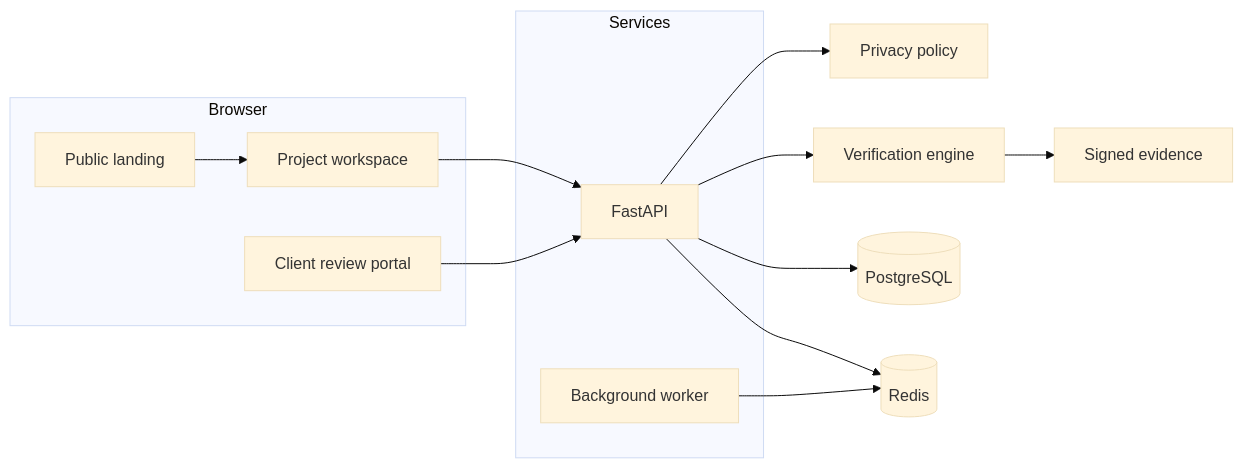
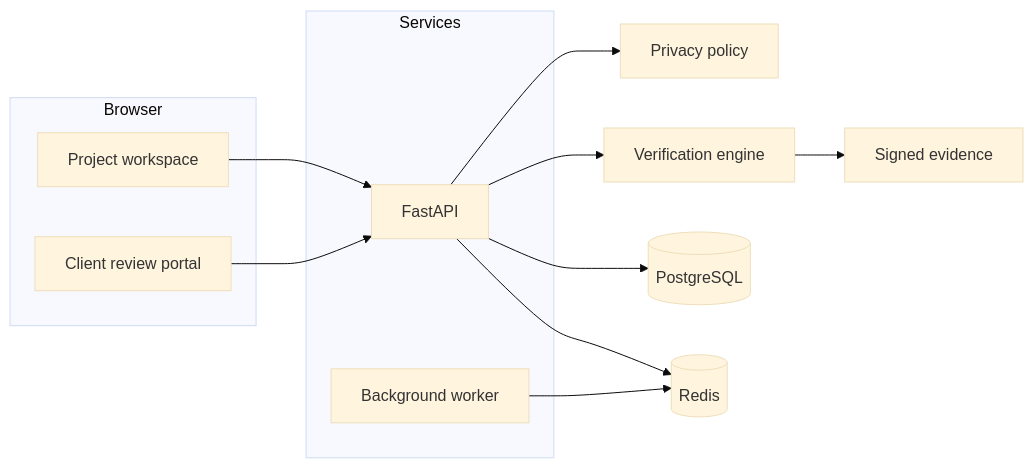
The second of 2 diagrams in README.md (diegoperezg7/signoff), drawn with Mermaid (base theme) before and after one commit. The commit also changed other lines of this file and 130 other files, not shown here.

````diff
--- a/README.md
+++ b/README.md
@@ -160,21 +250,19 @@
 ```mermaid
 flowchart LR
   subgraph browser [Browser]
-    Landing[Public landing]
     Workspace[Project workspace]
     Portal[Client review portal]
   end
   subgraph services [Services]
     API[FastAPI]
     Worker[Background worker]
   end
-  Landing --> Workspace
   Workspace --> API
   Portal --> API
   API --> Policy[Privacy policy]
   API --> Verify[Verification engine]
   Verify --> Evidence[Signed evidence]
   API --> DB[(PostgreSQL)]
   API --> Queue[(Redis)]
   Worker --> Queue
 ```
````
